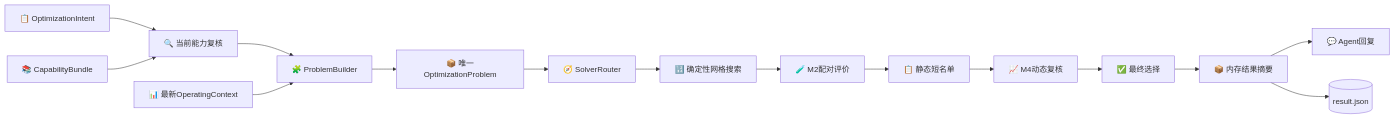
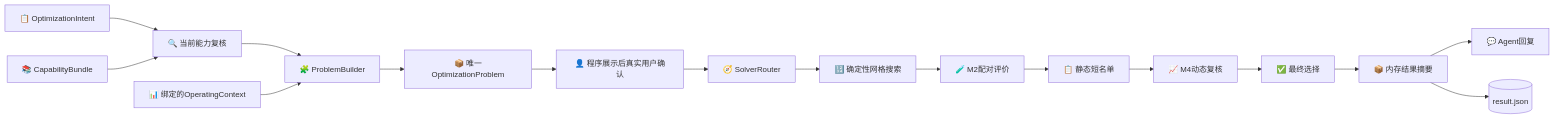
The diagram in docs/rto/01_RTO系统综合说明.md (lvguima/petroleum_rto_agent), drawn with Mermaid before and after one commit. The commit also changed other lines of this file and 57 other files, not shown here.

````diff
--- a/docs/rto/01_RTO系统综合说明.md
+++ b/docs/rto/01_RTO系统综合说明.md
@@ -22,20 +22,21 @@
 ```mermaid
 flowchart LR
     accTitle: 当前离线RTO执行链
-    accDescr: 严格意图在当前能力下重新验证，与最新受信工况构造一次不可变问题；问题绑定网格搜索路线，候选经同上下文M2和M4评价后直接生成内存结果与简洁结果文件。
+    accDescr: 准备时由严格意图、能力与受信工况构造不可变问题，恢复时从保存的完整内容重建同一问题；真实用户确认后按已绑定路线进行同上下文M2和M4评价，再生成结果。
 
     intent[📋 OptimizationIntent] --> resolver[🔍 当前能力复核]
     capability[📚 CapabilityBundle] --> resolver
     resolver --> builder[🧩 ProblemBuilder]
-    context[📊 最新OperatingContext] --> builder
+    context[📊 绑定的OperatingContext] --> builder
     builder --> problem[📦 唯一OptimizationProblem]
-    problem --> router[🧭 SolverRouter]
+    problem --> approved[👤 程序展示后真实用户确认]
+    approved --> router[🧭 SolverRouter]
     router --> solver[🔢 确定性网格搜索]
     solver --> m2[🧪 M2配对评价]
     m2 --> shortlist[📋 静态短名单]
     shortlist --> m4[📈 M4动态复核]
     m4 --> final[✅ 最终选择]
     final --> memory[📦 内存结果摘要]
     memory --> reply[💬 Agent回复]
     memory --> file[(result.json)]
 ```
````
